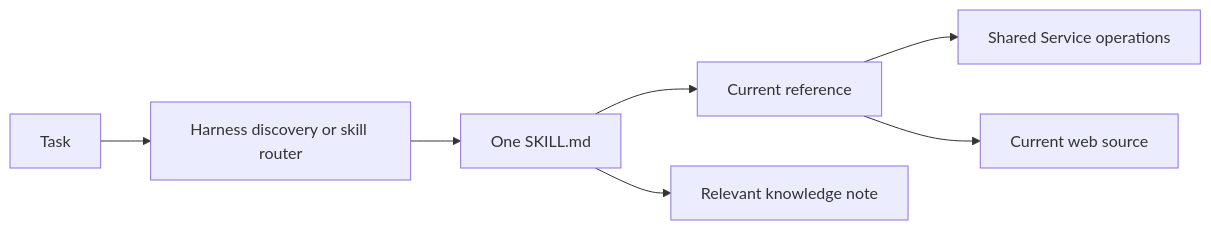
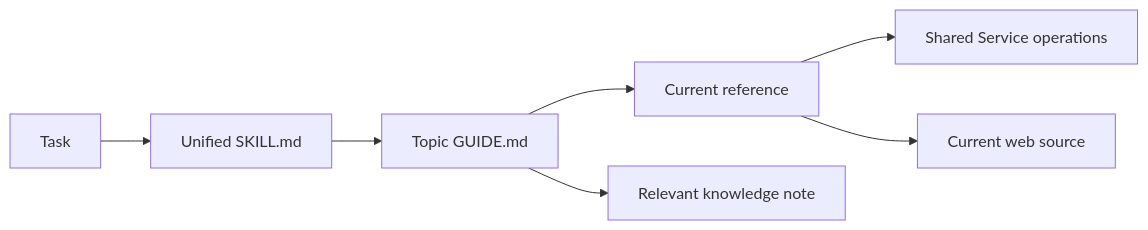
Before and after one commit to linnnn89/linn-modder: the diagram in docs/architecture.md, drawn with Mermaid. The commit also changed other lines of this file and 131 other files, not shown here.

````diff
--- a/docs/architecture.md
+++ b/docs/architecture.md
@@ -28,9 +29,9 @@
 ```mermaid
 flowchart LR
-    A[Task] --> B[Harness discovery or skill router]
-    B --> C[One SKILL.md]
+    A[Task] --> B[Unified SKILL.md]
+    B --> C[Topic GUIDE.md]
     C --> D[Current reference]
     D --> E[Shared Service operations]
     C --> F[Relevant knowledge note]
     D --> G[Current web source]
 ```
````
